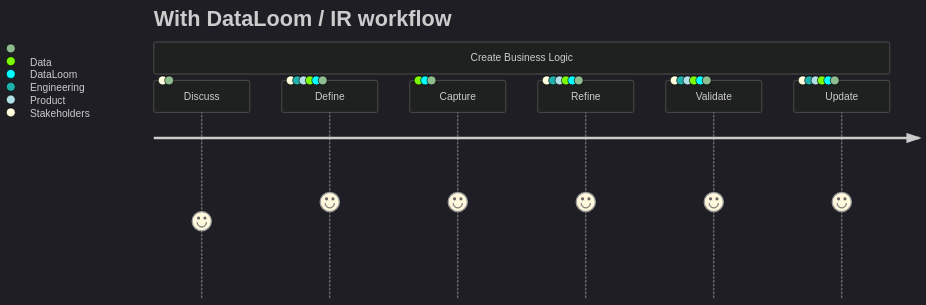
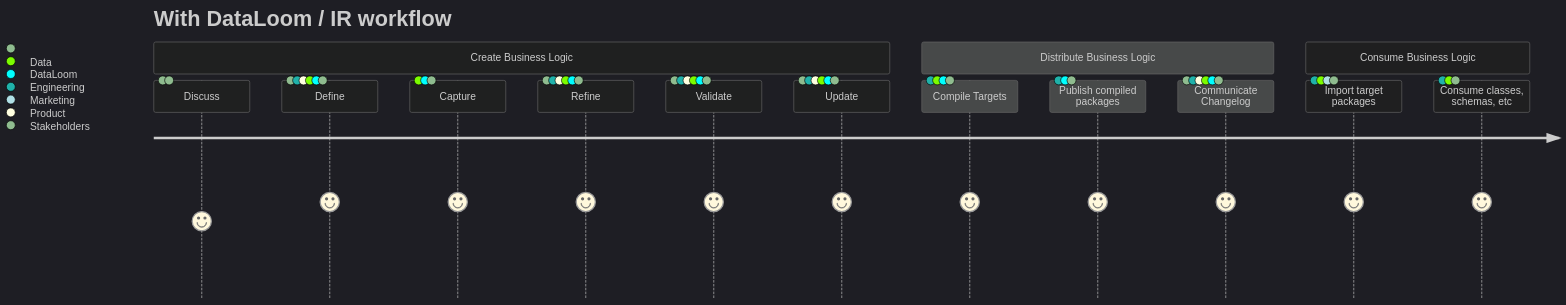
The second of 2 diagrams in README.md (TheHaymaker/DataLoom), drawn with Mermaid before and after one commit. The commit also changed other lines of this file, not shown here.

Commit message:
Condense mermaid diagrams

````diff
--- a/README.md
+++ b/README.md
@@ -350,15 +336,24 @@
 ```mermaid
 ---
 title: With DataLoom / IR workflow
 config:
   theme: dark
 ---
 journey
    section Create Business Logic
       Discuss: 4: Stakeholders,
       Define: 5: Stakeholders, Engineering, Product, Data, DataLoom,
       Capture: 5: Data, DataLoom,
       Refine: 5: Stakeholders, Engineering, Product, Data, DataLoom,
       Validate: 5: Stakeholders, Engineering, Product, Data, DataLoom,
       Update: 5: Stakeholders, Engineering, Product, Data, DataLoom,   
+
+   section Distribute Business Logic
+      Compile Targets: 5: Engineering, Data, DataLoom,
+      Publish compiled packages: 5:  Engineering, DataLoom,
+      Communicate Changelog: 5: Stakeholders, Engineering, Product, Data, DataLoom,
+ 
+   section Consume Business Logic
+      Import target packages: 5: Engineering, Data, Marketing,
+      Consume classes, schemas, etc: 5:  Engineering, Data,
 ```
````
